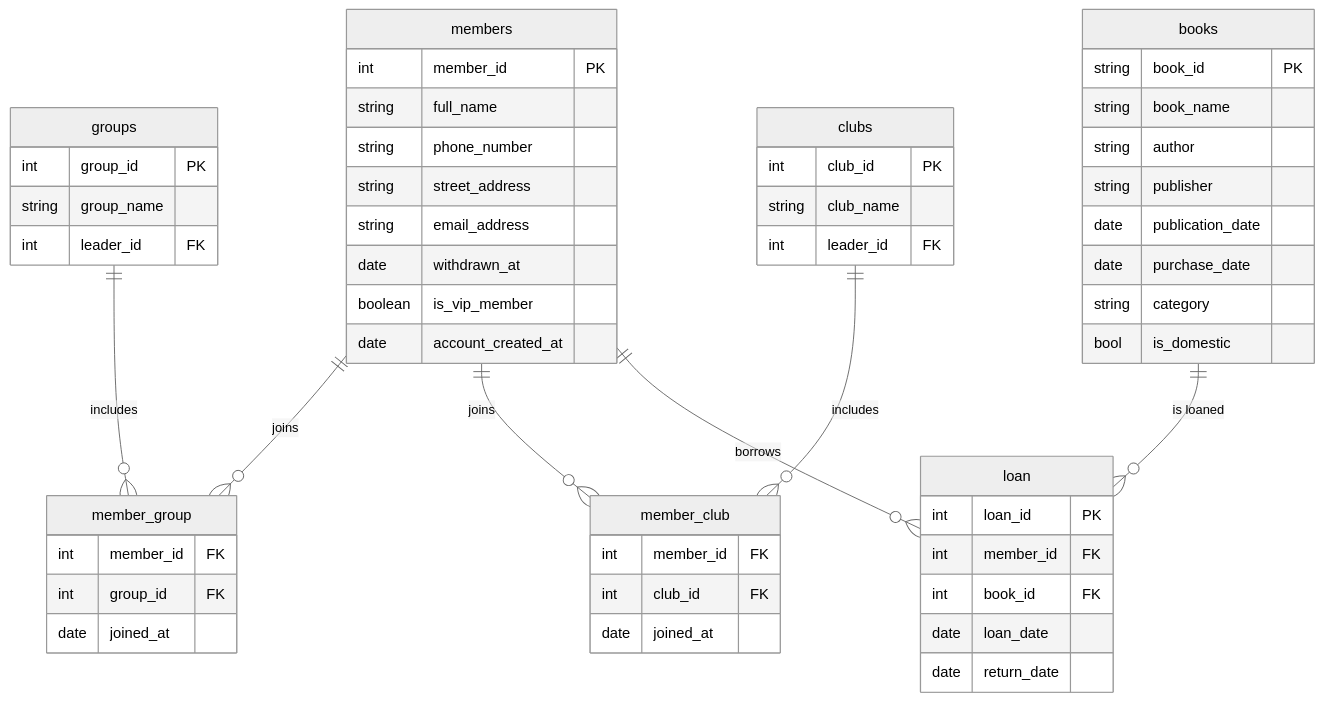
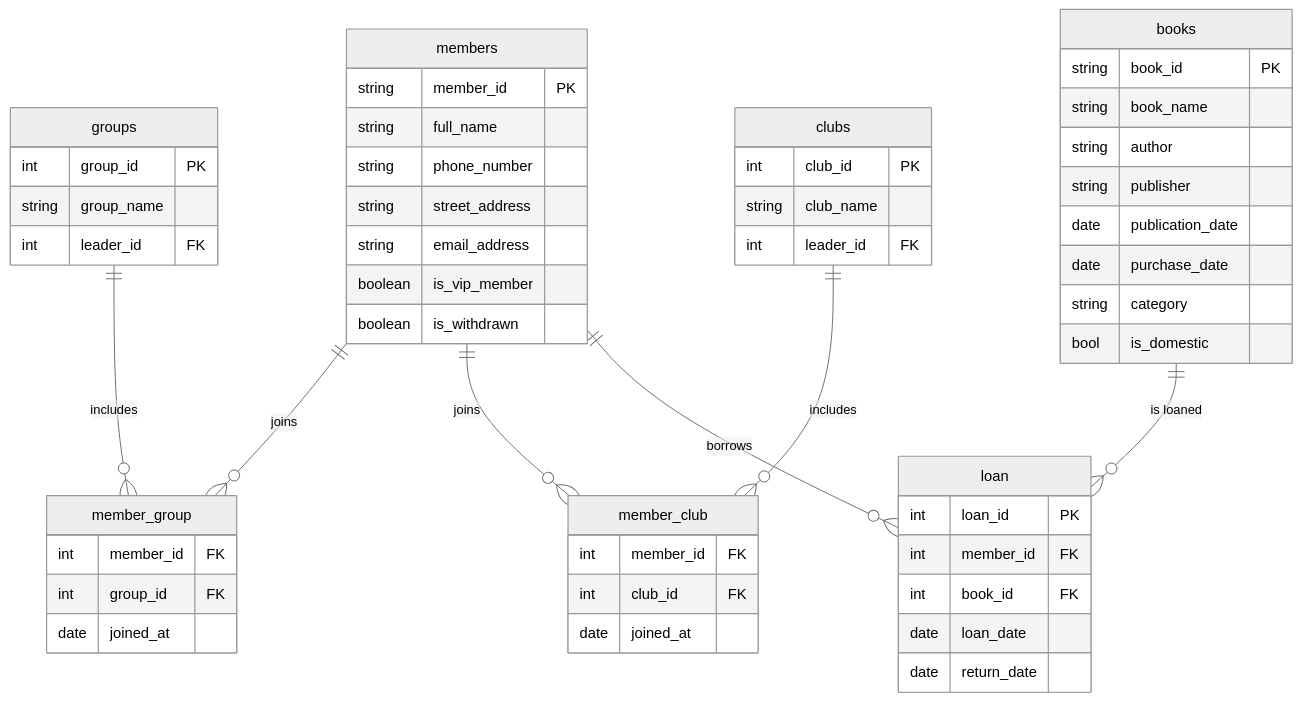
One commit to wontothree/library-management-system changed the diagram in README.md. Above: the diagram before and after it, drawn with Mermaid (neutral theme). The commit also changed 38 other files, not shown here.

````diff
--- a/README.md
+++ b/README.md
@@ -88,71 +88,70 @@
 ```mermaid
 erDiagram
     %% 멤버 테이블을 정의합니다.
     members {
-        int member_id PK
+        string member_id PK
         string full_name
         string phone_number
         string street_address
         string email_address
-        date withdrawn_at
         boolean is_vip_member
-        date account_created_at
+        boolean is_withdrawn
     }
 
     %% 그룹 테이블을 정의합니다.
     groups {
         int group_id PK
         string group_name
         int leader_id FK
     }
+    
+    %% 클럽 테이블을 정의합니다.
+    clubs {
+        int club_id PK
+        string club_name
+        int leader_id FK
+    }
 
     %% 멤버-그룹 관계를 정의합니다.
     member_group {
         int member_id FK
         int group_id FK
         date joined_at
-    }
-
-    %% 클럽 테이블을 정의합니다.
-    clubs {
-        int club_id PK
-        string club_name
-        int leader_id FK
     }
 
     %% 멤버-클럽 관계를 정의합니다.
     member_club {
         int member_id FK
         int club_id FK
         date joined_at
     }
 
     %% table books
     books {
         string book_id PK
         string book_name
         string author
         string publisher
         date publication_date
         date purchase_date
         string category  
         bool is_domestic
     }
 
     %% 대출 테이블을 정의합니다.
     loan {
         int loan_id PK
         int member_id FK
         int book_id FK
         date loan_date
         date return_date
     }
 
     %% 관계 정의
     members ||--o{ member_group : "joins"
     groups ||--o{ member_group : "includes"
     members ||--o{ member_club : "joins"
     clubs ||--o{ member_club : "includes"
     members ||--o{ loan : "borrows"
     books ||--o{ loan : "is loaned"
 ```
````
